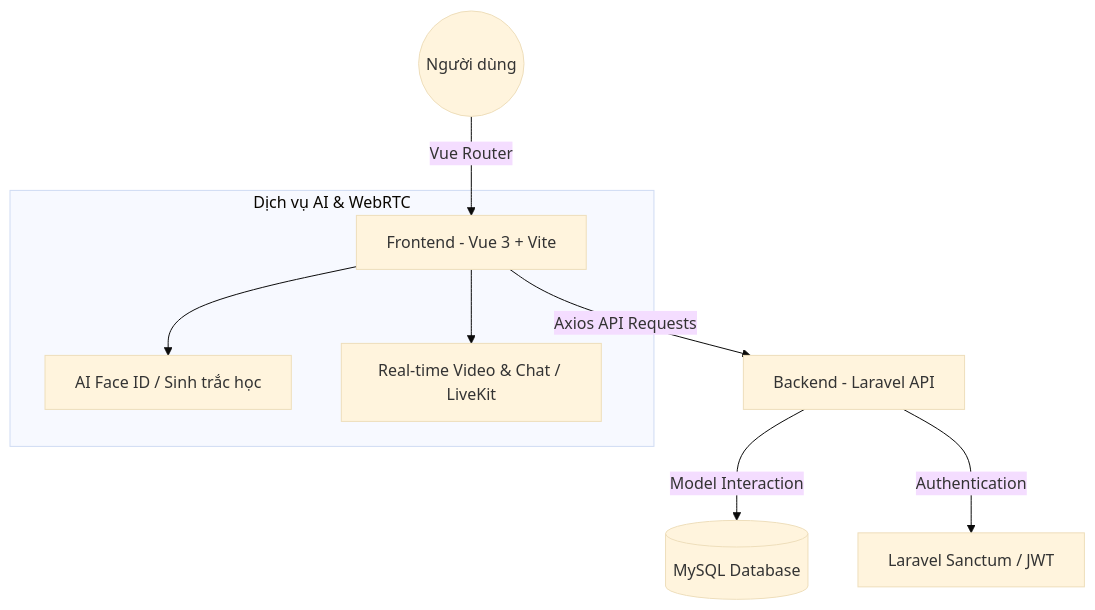
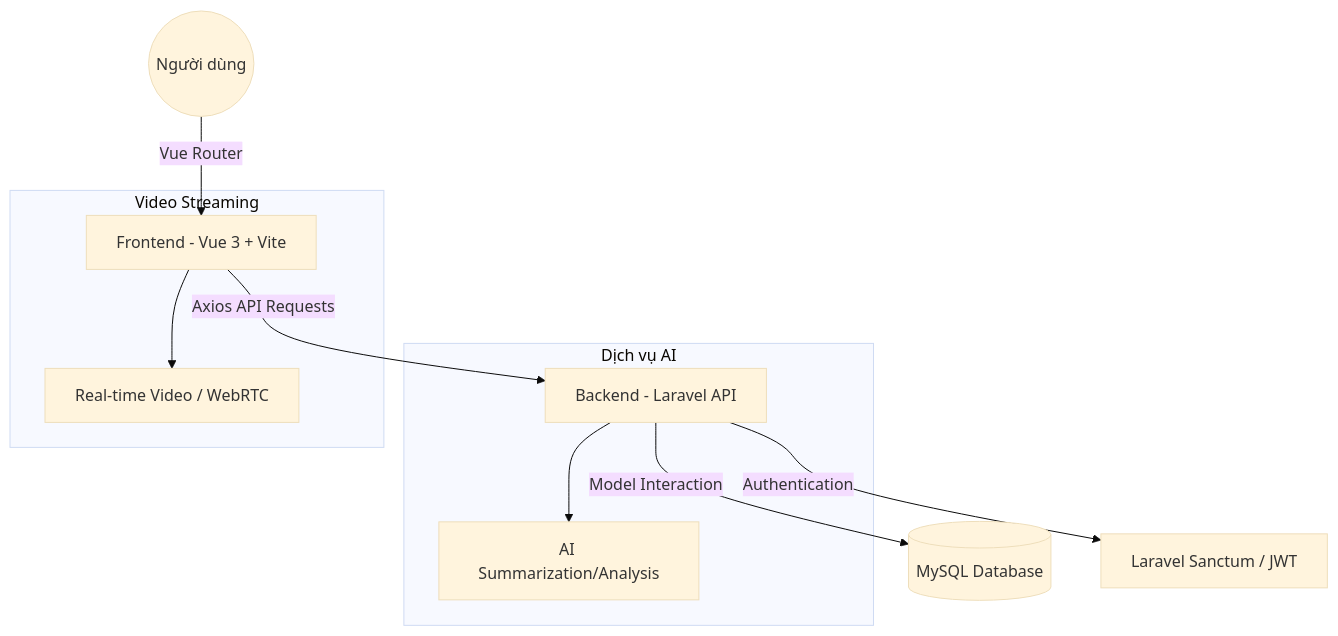
The diagram in README.md (KLTN-03-2026/GR62), drawn with Mermaid (base theme) before and after one commit. The commit also changed other lines of this file and 7 other files, not shown here.

````diff
--- a/README.md
+++ b/README.md
@@ -50,12 +50,15 @@
 ```mermaid
 graph TD
     User((Người dùng)) -->|Vue Router| Frontend[Frontend - Vue 3 + Vite]
     Frontend -->|Axios API Requests| Backend[Backend - Laravel API]
     Backend -->|Model Interaction| Database[(MySQL Database)]
     Backend -->|Authentication| Sanctum[Laravel Sanctum / JWT]
     
-    subgraph "Dịch vụ AI & WebRTC"
-        Frontend --> FaceAPI[AI Face ID / Sinh trắc học]
-        Frontend --> WebRTC[Real-time Video & Chat / LiveKit]
+    subgraph "Dịch vụ AI"
+        Backend --> AI_Service[AI Summarization/Analysis]
+    end
+    
+    subgraph "Video Streaming"
+        Frontend --> WebRTC[Real-time Video / WebRTC]
     end
 ```
````
